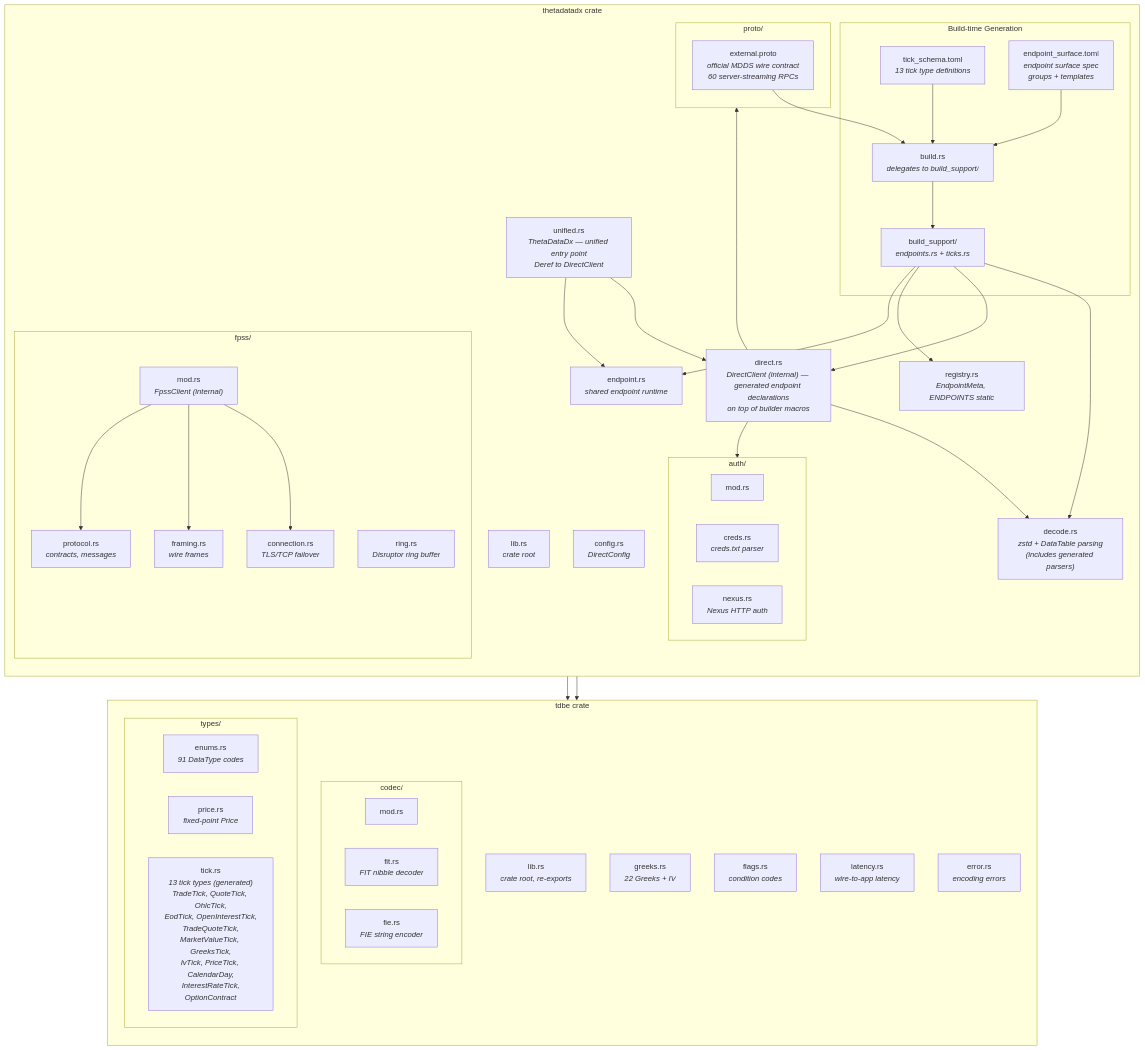
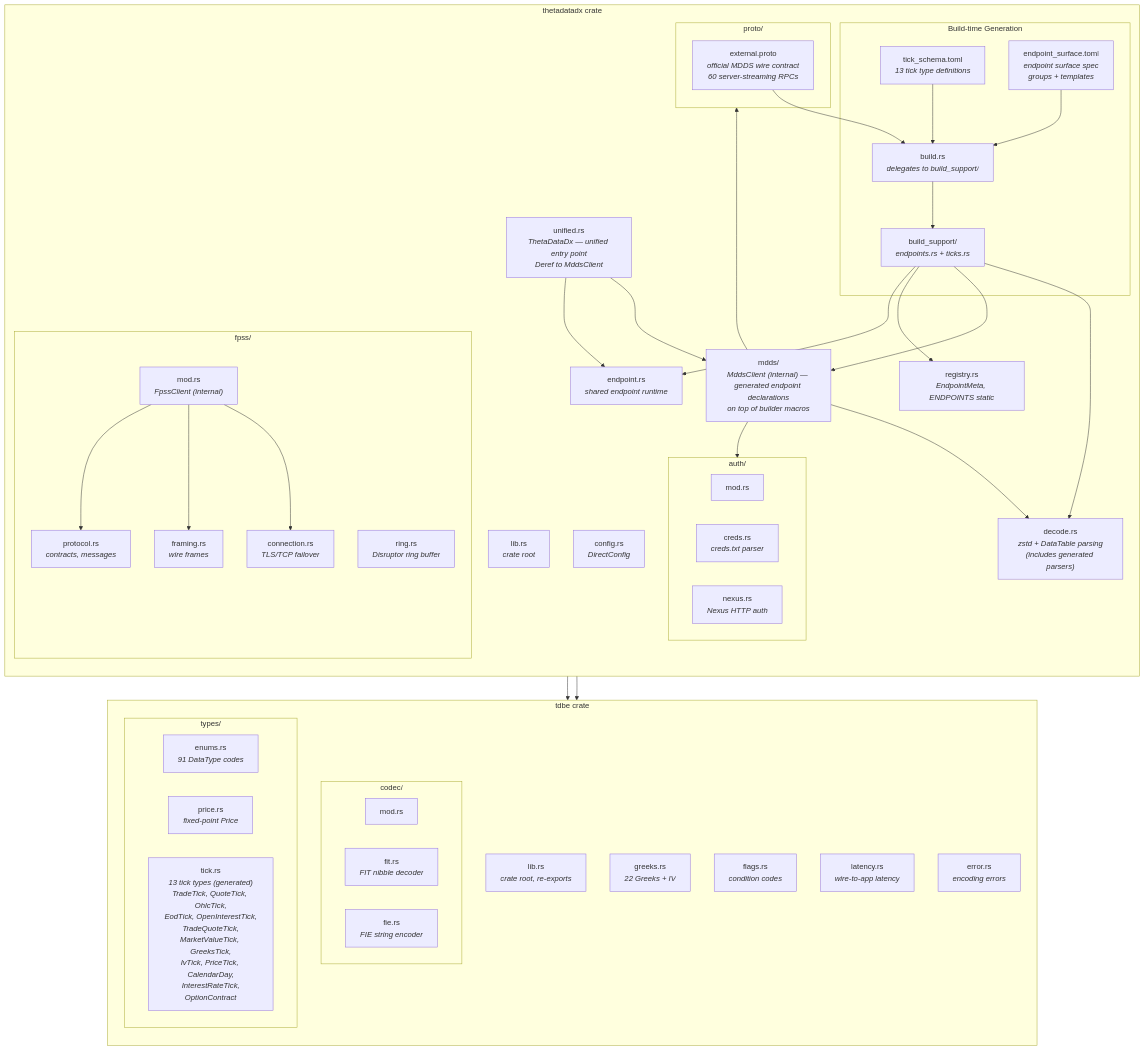
Before and after one commit to userFRM/ThetaDataDx: diagram 15 of 15 in docs/architecture.md, drawn with Mermaid. The commit also changed other lines of this file and 39 other files, not shown here.

First line of the commit message:
refactor: move DirectClient into mdds/ module as MddsClient (#383)

````diff
--- a/docs/architecture.md
+++ b/docs/architecture.md
@@ -510,80 +510,80 @@
 ```mermaid
 graph TD
     subgraph "tdbe crate"
         direction TB
         TDBE_LIB["lib.rs<br/><i>crate root, re-exports</i>"]
 
         subgraph tdbe_codec["codec/"]
             C_MOD["mod.rs"]
             C_FIT["fit.rs<br/><i>FIT nibble decoder</i>"]
             C_FIE["fie.rs<br/><i>FIE string encoder</i>"]
         end
 
         subgraph tdbe_types["types/"]
             T_ENUM["enums.rs<br/><i>91 DataType codes</i>"]
             T_PRICE["price.rs<br/><i>fixed-point Price</i>"]
             T_TICK["tick.rs<br/><i>13 tick types (generated)<br/>TradeTick, QuoteTick, OhlcTick,<br/>EodTick, OpenInterestTick,<br/>TradeQuoteTick,<br/>MarketValueTick, GreeksTick,<br/>IvTick, PriceTick, CalendarDay,<br/>InterestRateTick,<br/>OptionContract</i>"]
         end
 
         TDBE_GREEKS["greeks.rs<br/><i>22 Greeks + IV</i>"]
         TDBE_FLAGS["flags.rs<br/><i>condition codes</i>"]
         TDBE_LATENCY["latency.rs<br/><i>wire-to-app latency</i>"]
         TDBE_ERROR["error.rs<br/><i>encoding errors</i>"]
     end
 
     subgraph "thetadatadx crate"
         direction TB
         LIB["lib.rs<br/><i>crate root</i>"]
 
         subgraph auth["auth/"]
             A_MOD["mod.rs"]
             A_CREDS["creds.rs<br/><i>creds.txt parser</i>"]
             A_NEXUS["nexus.rs<br/><i>Nexus HTTP auth</i>"]
         end
 
         subgraph fpss["fpss/"]
             F_MOD["mod.rs<br/><i>FpssClient (internal)</i>"]
             F_CONN["connection.rs<br/><i>TLS/TCP failover</i>"]
             F_FRAME["framing.rs<br/><i>wire frames</i>"]
             F_PROTO["protocol.rs<br/><i>contracts, messages</i>"]
             F_RING["ring.rs<br/><i>Disruptor ring buffer</i>"]
         end
 
-        UNIFIED["unified.rs<br/><i>ThetaDataDx — unified entry point<br/>Deref to DirectClient</i>"]
-        DIRECT["direct.rs<br/><i>DirectClient (internal) — generated endpoint declarations<br/>on top of builder macros</i>"]
+        UNIFIED["unified.rs<br/><i>ThetaDataDx — unified entry point<br/>Deref to MddsClient</i>"]
+        DIRECT["mdds/<br/><i>MddsClient (internal) — generated endpoint declarations<br/>on top of builder macros</i>"]
         ENDPOINT_RT["endpoint.rs<br/><i>shared endpoint runtime</i>"]
         CONFIG["config.rs<br/><i>DirectConfig</i>"]
         DECODE["decode.rs<br/><i>zstd + DataTable parsing<br/>(includes generated parsers)</i>"]
         REGISTRY["registry.rs<br/><i>EndpointMeta, ENDPOINTS static</i>"]
 
         subgraph codegen["Build-time Generation"]
             SCHEMA["tick_schema.toml<br/><i>13 tick type definitions</i>"]
             SURFACE["endpoint_surface.toml<br/><i>endpoint surface spec<br/>groups + templates</i>"]
             BUILD["build.rs<br/><i>delegates to build_support/</i>"]
             SUPPORT["build_support/<br/><i>endpoints.rs + ticks.rs</i>"]
         end
 
         subgraph proto["proto/"]
             P_EXT["external.proto<br/><i>official MDDS wire contract<br/>60 server-streaming RPCs</i>"]
         end
     end
 
     LIB --> TDBE_LIB
     UNIFIED --> DIRECT
     UNIFIED --> ENDPOINT_RT
     DIRECT --> auth
     DIRECT --> DECODE
     DIRECT --> proto
     SCHEMA --> BUILD
     SURFACE --> BUILD
     P_EXT --> BUILD
     BUILD --> SUPPORT
     SUPPORT --> DECODE
     SUPPORT --> DIRECT
     SUPPORT --> REGISTRY
     SUPPORT --> ENDPOINT_RT
     F_MOD --> tdbe_codec
     F_MOD --> F_CONN
     F_MOD --> F_FRAME
     F_MOD --> F_PROTO
 ```
````
